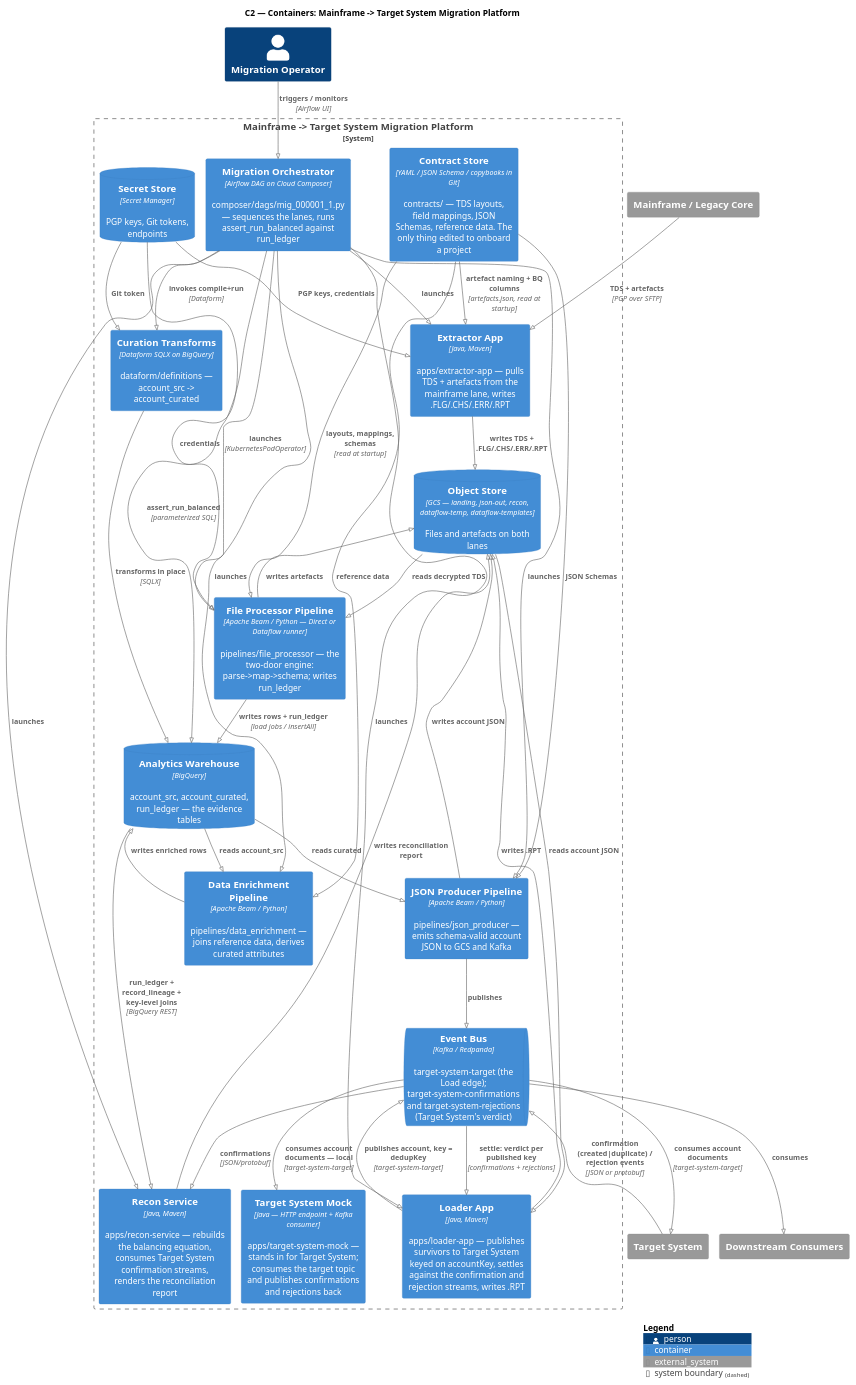
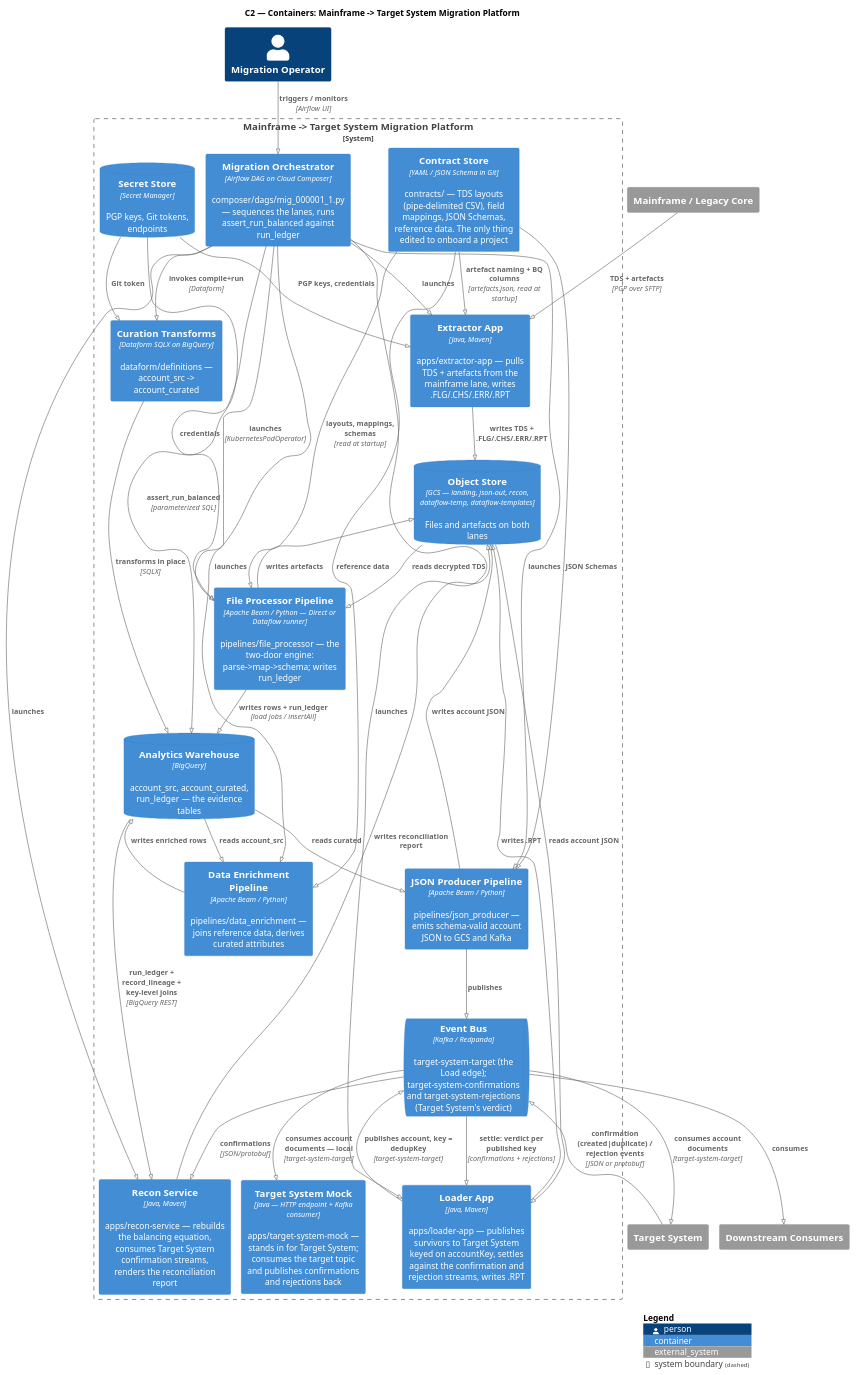
The diagram in docs/plantuml/readme-04-c2-containers.puml (adrian-balaban/test-gcp-dataflow-dataform-cloud-composer), drawn with PlantUML before and after one commit. The commit also changed 45 other files, not shown here.

First line of the commit message:
feat: switch source input to pipe-delimited CSV, drop the copybook path

```diff
--- a/docs/plantuml/readme-04-c2-containers.puml
+++ b/docs/plantuml/readme-04-c2-containers.puml
@@ -1,74 +1,74 @@
 @startuml readme-04-c2-containers
 ' PlantUML equivalent of README.md "Slide 4 — C2, Containers"
 !pragma layout smetana
 !include <C4/C4_Container>
 
 title C2 — Containers: Mainframe -> Target System Migration Platform
 
 Person(MO, "Migration Operator", "")
 System_Ext(MF, "Mainframe / Legacy Core", "")
 System_Ext(VC, "Target System", "")
 System_Ext(DS, "Downstream Consumers", "")
 
 System_Boundary(BOUNDARY, "Mainframe -> Target System Migration Platform") {
     Container(DAG,       "Migration Orchestrator", "Airflow DAG on Cloud Composer", "composer/dags/mig_000001_1.py — sequences the lanes, runs assert_run_balanced against run_ledger")
-    Container(CONTRACTS, "Contract Store", "YAML / JSON Schema / copybooks in Git", "contracts/ — TDS layouts, field mappings, JSON Schemas, reference data. The only thing edited to onboard a project")
+    Container(CONTRACTS, "Contract Store", "YAML / JSON Schema in Git", "contracts/ — TDS layouts (pipe-delimited CSV), field mappings, JSON Schemas, reference data. The only thing edited to onboard a project")
     Container(EXT,       "Extractor App", "Java, Maven", "apps/extractor-app — pulls TDS + artefacts from the mainframe lane, writes .FLG/.CHS/.ERR/.RPT")
     Container(FP,        "File Processor Pipeline", "Apache Beam / Python — Direct or Dataflow runner", "pipelines/file_processor — the two-door engine: parse->map->schema; writes run_ledger")
     Container(EN,        "Data Enrichment Pipeline", "Apache Beam / Python", "pipelines/data_enrichment — joins reference data, derives curated attributes")
     Container(JP,        "JSON Producer Pipeline", "Apache Beam / Python", "pipelines/json_producer — emits schema-valid account JSON to GCS and Kafka")
     Container(LOAD,      "Loader App", "Java, Maven", "apps/loader-app — publishes survivors to Target System keyed on accountKey, settles against the confirmation and rejection streams, writes .RPT")
     Container(RECON,     "Recon Service", "Java, Maven", "apps/recon-service — rebuilds the balancing equation, consumes Target System confirmation streams, renders the reconciliation report")
     Container(DF,        "Curation Transforms", "Dataform SQLX on BigQuery", "dataform/definitions — account_src -> account_curated")
     Container(MOCK,      "Target System Mock", "Java — HTTP endpoint + Kafka consumer", "apps/target-system-mock — stands in for Target System; consumes the target topic and publishes confirmations and rejections back")
 
     ContainerDb(LAKE, "Object Store", "GCS — landing, json-out, recon, dataflow-temp, dataflow-templates", "Files and artefacts on both lanes")
     ContainerDb(BQ,   "Analytics Warehouse", "BigQuery", "account_src, account_curated, run_ledger — the evidence tables")
     ContainerQueue(BUS, "Event Bus", "Kafka / Redpanda", "target-system-target (the Load edge); target-system-confirmations and target-system-rejections (Target System's verdict)")
     ContainerDb(SEC,  "Secret Store", "Secret Manager", "PGP keys, Git tokens, endpoints")
 }
 
 Rel(MO, DAG, "triggers / monitors", "Airflow UI")
 Rel(MF, EXT, "TDS + artefacts", "PGP over SFTP")
 
 Rel(DAG, FP,    "launches", "KubernetesPodOperator")
 Rel(DAG, EN,    "launches")
 Rel(DAG, JP,    "launches")
 Rel(DAG, EXT,   "launches")
 Rel(DAG, LOAD,  "launches")
 Rel(DAG, RECON, "launches")
 Rel(DAG, DF,    "invokes compile+run", "Dataform")
 Rel(DAG, BQ,    "assert_run_balanced", "parameterized SQL")
 
 Rel_D(CONTRACTS, FP,  "layouts, mappings, schemas", "read at startup")
 Rel_D(CONTRACTS, EN,  "reference data")
 Rel_D(CONTRACTS, JP,  "JSON Schemas")
 Rel(CONTRACTS,   EXT, "artefact naming + BQ columns", "artefacts.json, read at startup")
 
 Rel(EXT,  LAKE, "writes TDS + .FLG/.CHS/.ERR/.RPT")
 Rel(LAKE, FP,   "reads decrypted TDS")
 Rel(FP,   BQ,   "writes rows + run_ledger", "load jobs / insertAll")
 Rel(FP,   LAKE, "writes artefacts")
 Rel(BQ,   EN,   "reads account_src")
 Rel(EN,   BQ,   "writes enriched rows")
 Rel(BQ,   JP,   "reads curated")
 Rel(JP,   LAKE, "writes account JSON")
 Rel(JP,   BUS,  "publishes")
 Rel(BUS,  DS,   "consumes")
 Rel(BUS,  RECON,"confirmations", "JSON/protobuf")
 Rel(LAKE, LOAD, "reads account JSON")
 Rel(LOAD, BUS,  "publishes account, key = dedupKey", "target-system-target")
 Rel(BUS,  VC,   "consumes account documents", "target-system-target")
 Rel(VC,   BUS,  "confirmation (created|duplicate) / rejection events", "JSON or protobuf")
 Rel(BUS,  LOAD, "settle: verdict per published key", "confirmations + rejections")
 Rel(BUS,  MOCK, "consumes account documents — local", "target-system-target")
 Rel(LOAD, LAKE, "writes .RPT")
 Rel(BQ,   RECON,"run_ledger + record_lineage + key-level joins", "BigQuery REST")
 Rel(RECON,LAKE, "writes reconciliation report")
 Rel(DF,   BQ,   "transforms in place", "SQLX")
 Rel_D(SEC, EXT, "PGP keys, credentials")
 Rel_D(SEC, FP,  "credentials")
 Rel_D(SEC, DF,  "Git token")
 
 SHOW_LEGEND()
 @enduml
```
